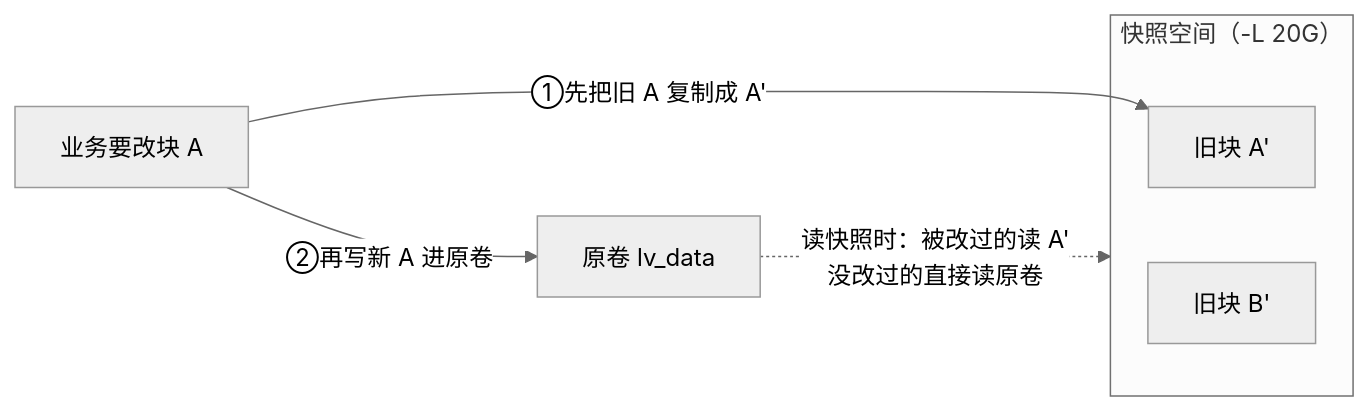
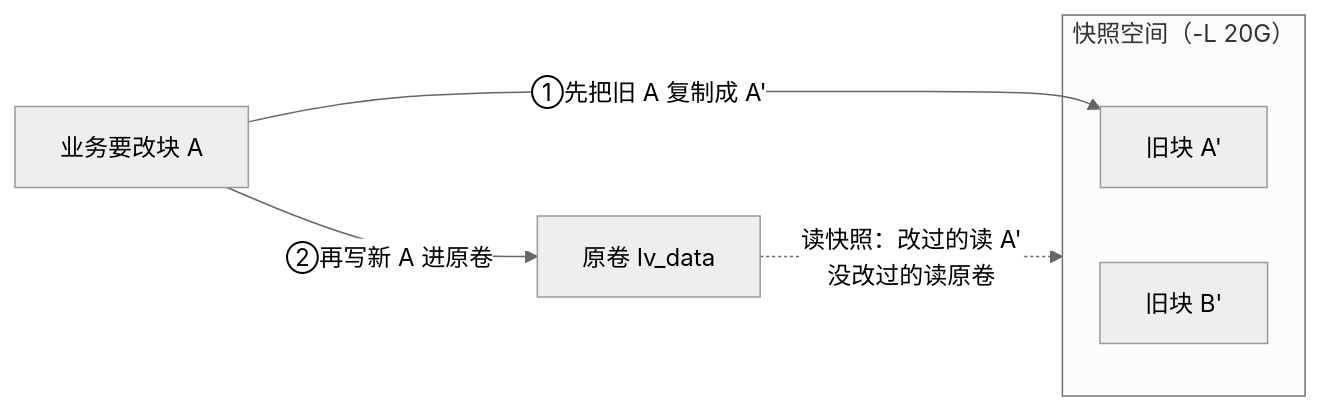
Before and after one commit to ml-cuizijun/LearnToLilith: the sixth of 7 diagrams in 01-基础底座/29-磁盘管理与LVM/知识点.md, drawn with Mermaid (neutral theme). The commit also changed other lines of this file and 178 other files, not shown here.

````diff
--- a/01-基础底座/29-磁盘管理与LVM/知识点.md
+++ b/01-基础底座/29-磁盘管理与LVM/知识点.md
@@ -422,10 +437,10 @@
 ```mermaid
 flowchart LR
     subgraph SNAP["快照空间（-L 20G）"]
         O1["旧块 A'"]
         O2["旧块 B'"]
     end
     W["业务要改块 A"] -->|"①先把旧 A 复制成 A'"| O1
     W -->|"②再写新 A 进原卷"| V["原卷 lv_data"]
-    V -.->|"读快照时：被改过的读 A'<br/>没改过的直接读原卷"| SNAP
+    V -.->|"读快照：改过的读 A'<br/>没改过的读原卷"| SNAP
 ```
````
